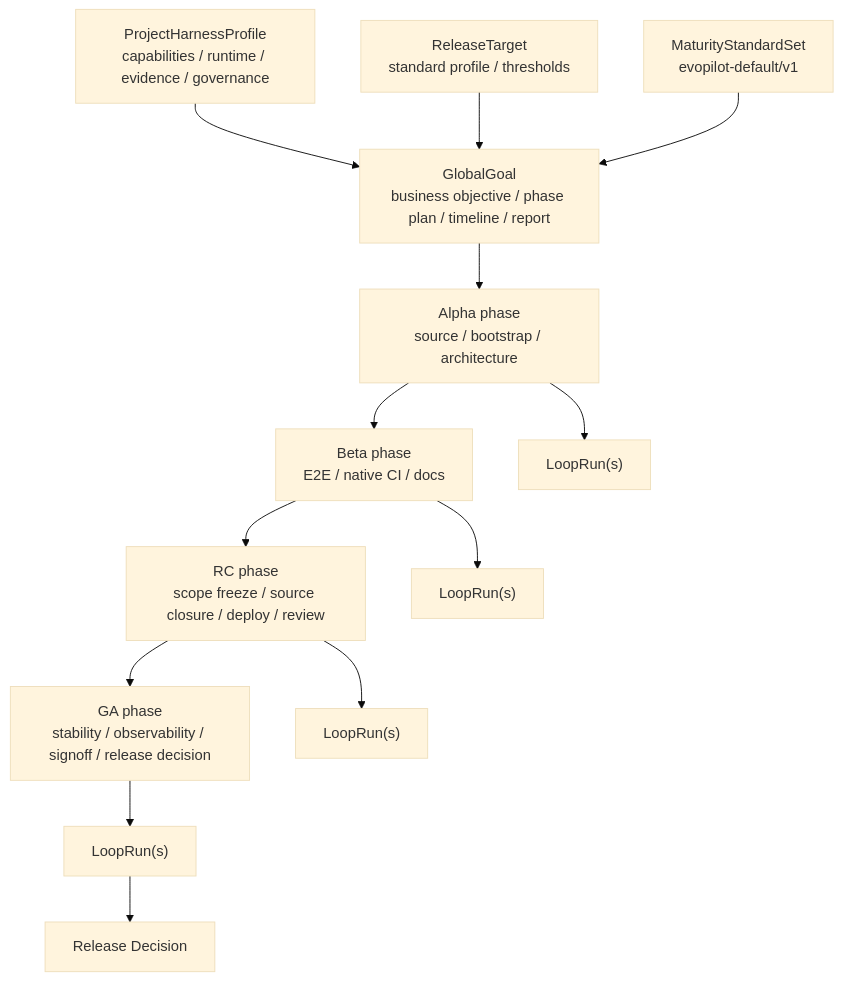
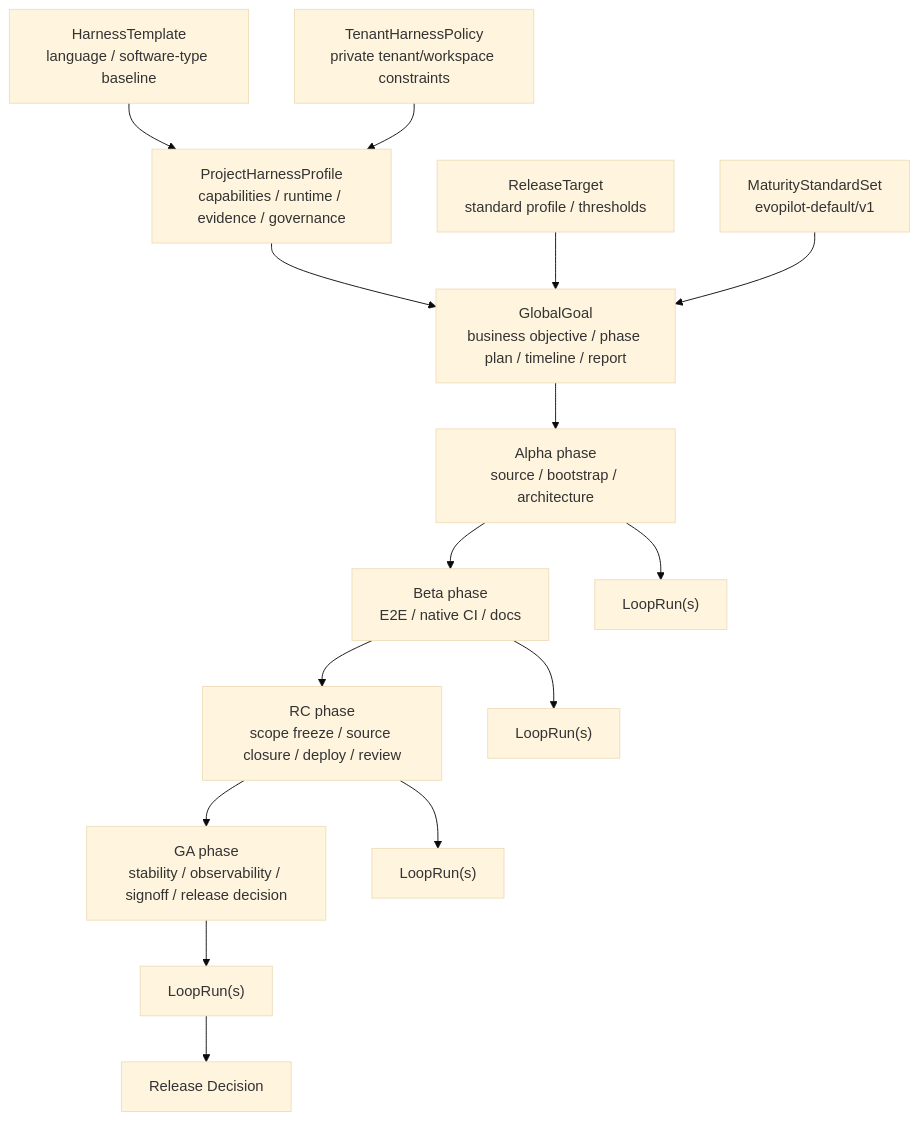
Before and after one commit to yeliang-wang/evopilot: the second of 2 diagrams in docs/architecture/continuous-evolution-control-plane.md, drawn with Mermaid (base theme). The commit also changed other lines of this file and 17 other files, not shown here.

Commit message:
Add tenant harness policy control plane

````diff
--- a/docs/architecture/continuous-evolution-control-plane.md
+++ b/docs/architecture/continuous-evolution-control-plane.md
@@ -56,15 +56,17 @@
 ```mermaid
 flowchart TD
-  HarnessProfile["ProjectHarnessProfile\ncapabilities / runtime / evidence / governance"] --> GlobalGoal
+  HarnessTemplate["HarnessTemplate\nlanguage / software-type baseline"] --> HarnessProfile["ProjectHarnessProfile\ncapabilities / runtime / evidence / governance"]
+  TenantPolicy["TenantHarnessPolicy\nprivate tenant/workspace constraints"] --> HarnessProfile
+  HarnessProfile --> GlobalGoal
   ReleaseTarget["ReleaseTarget\nstandard profile / thresholds"] --> GlobalGoal["GlobalGoal\nbusiness objective / phase plan / timeline / report"]
   Standards["MaturityStandardSet\nevopilot-default/v1"] --> GlobalGoal
   GlobalGoal --> Alpha["Alpha phase\nsource / bootstrap / architecture"]
   Alpha --> Beta["Beta phase\nE2E / native CI / docs"]
   Beta --> RC["RC phase\nscope freeze / source closure / deploy / review"]
   RC --> GA["GA phase\nstability / observability / signoff / release decision"]
   Alpha --> LoopRunA["LoopRun(s)"]
   Beta --> LoopRunB["LoopRun(s)"]
   RC --> LoopRunC["LoopRun(s)"]
   GA --> LoopRunD["LoopRun(s)"]
   LoopRunD --> Decision["Release Decision"]
 ```
````
